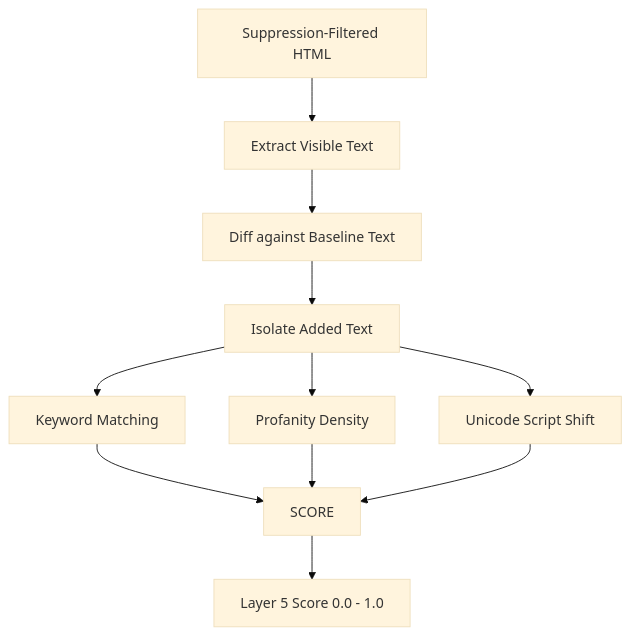
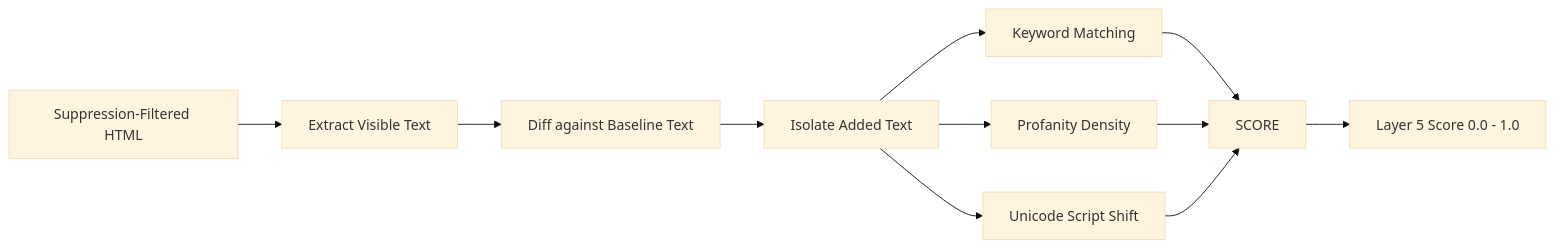
Before and after one commit to Ns81000/WARDRESS: the diagram in docs/layers/5-signatures.mdx, drawn with Mermaid (base theme). The commit also changed 12 other files, not shown here.

Commit message:
feat: initialize documentation suite including architectural overviews and detailed layer-specific detection logic.

````diff
--- a/docs/layers/5-signatures.mdx
+++ b/docs/layers/5-signatures.mdx
@@ -11,15 +11,15 @@
 ```mermaid
-graph TD
+graph LR
     HTML[Suppression-Filtered HTML] --> VISIBLE[Extract Visible Text]
     VISIBLE --> DIFF[Diff against Baseline Text]
     DIFF --> NEW_TEXT[Isolate Added Text]
     
     NEW_TEXT --> KWS[Keyword Matching]
     NEW_TEXT --> PROF[Profanity Density]
     NEW_TEXT --> UNICODE[Unicode Script Shift]
     
     KWS --> SCORE
     PROF --> SCORE
     UNICODE --> SCORE
     SCORE --> OUT[Layer 5 Score 0.0 - 1.0]
 ```
````
